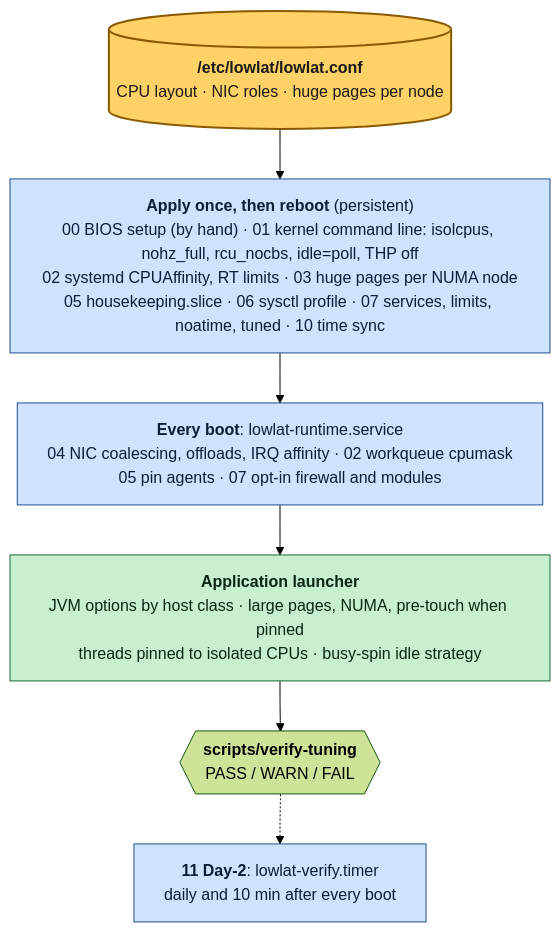
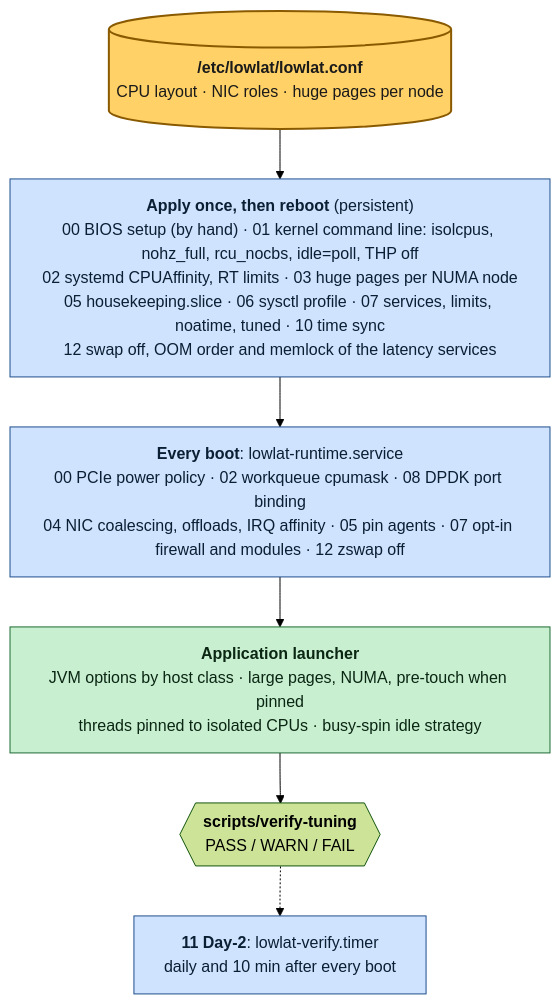
One commit to vitor-tadashi/mechanical-sympathy changed the diagram in README.md. Above: the diagram before and after it, drawn with Mermaid (forest theme). The commit also changed other lines of this file and 61 other files, not shown here.

First line of the commit message:
fix(docs): make every page quote the same numbers and order (#93)

````diff
--- a/README.md
+++ b/README.md
@@ -119,18 +119,18 @@
 ```mermaid
 %%{init: {"flowchart": {"wrappingWidth": 480}}}%%
 flowchart TD
   conf[("<b>/etc/lowlat/lowlat.conf</b><br/>CPU layout · NIC roles · huge pages per node")]
-  once["<b>Apply once, then reboot</b> (persistent)<br/>00 BIOS setup (by hand) · 01 kernel command line: isolcpus, nohz_full, rcu_nocbs, idle=poll, THP off<br/>02 systemd CPUAffinity, RT limits · 03 huge pages per NUMA node<br/>05 housekeeping.slice · 06 sysctl profile · 07 services, limits, noatime, tuned · 10 time sync"]
-  boot["<b>Every boot</b>: lowlat-runtime.service<br/>04 NIC coalescing, offloads, IRQ affinity · 02 workqueue cpumask<br/>05 pin agents · 07 opt-in firewall and modules"]
+  once["<b>Apply once, then reboot</b> (persistent)<br/>00 BIOS setup (by hand) · 01 kernel command line: isolcpus, nohz_full, rcu_nocbs, idle=poll, THP off<br/>02 systemd CPUAffinity, RT limits · 03 huge pages per NUMA node<br/>05 housekeeping.slice · 06 sysctl profile · 07 services, limits, noatime, tuned · 10 time sync<br/>12 swap off, OOM order and memlock of the latency services"]
+  boot["<b>Every boot</b>: lowlat-runtime.service<br/>00 PCIe power policy · 02 workqueue cpumask · 08 DPDK port binding<br/>04 NIC coalescing, offloads, IRQ affinity · 05 pin agents · 07 opt-in firewall and modules · 12 zswap off"]
   app["<b>Application launcher</b><br/>JVM options by host class · large pages, NUMA, pre-touch when pinned<br/>threads pinned to isolated CPUs · busy-spin idle strategy"]
   verify{{"<b>scripts/verify-tuning</b><br/>PASS / WARN / FAIL"}}
   watch["<b>11 Day-2</b>: lowlat-verify.timer<br/>daily and 10 min after every boot"]
   conf --> once --> boot --> app --> verify
   verify -.-> watch
   classDef hk fill:#cfe3ff,stroke:#1f4e8c,color:#0b1f33
   classDef iso fill:#c8f0d0,stroke:#1d6b33,color:#0b2613
   classDef focus fill:#ffd166,stroke:#8a5a00,color:#1a1a1a,stroke-width:2px
   class conf focus
   class once,boot,watch hk
   class app iso
 ```
````
